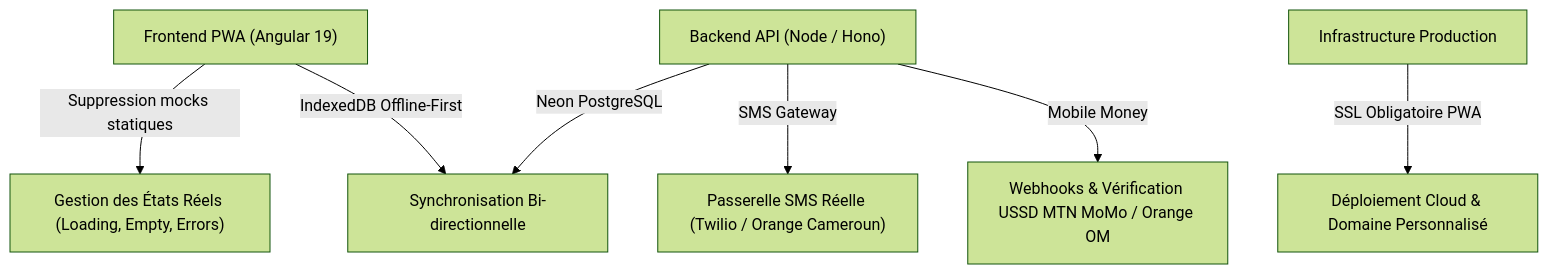
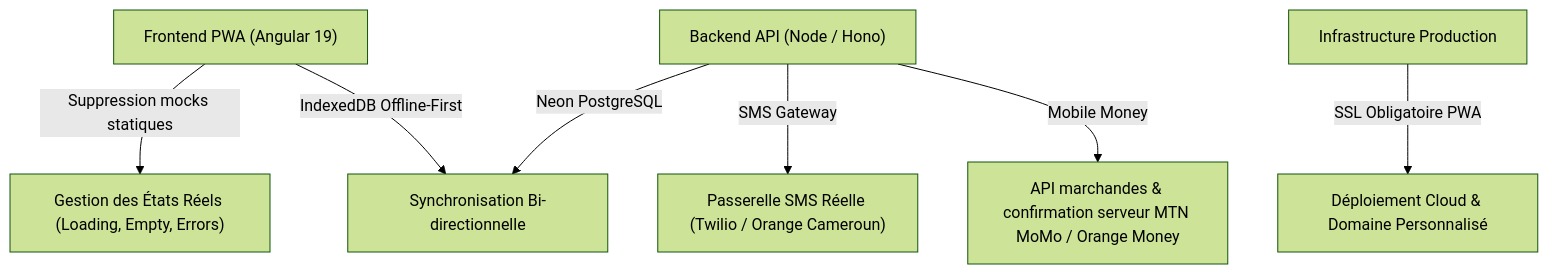
Before and after one commit to boscopatrick907-coder/auto_ecole_management_system: the diagram in production_readiness_plan.md, drawn with Mermaid (forest theme). The commit also changed other lines of this file and 3 other files, not shown here.

Commit message:
docs: expand V1 scope for Mobile Money and instructor operations

````diff
--- a/production_readiness_plan.md
+++ b/production_readiness_plan.md
@@ -9,9 +11,9 @@
 ```mermaid
 flowchart TD
     A["Frontend PWA (Angular 19)"] -->|Suppression mocks statiques| B["Gestion des États Réels (Loading, Empty, Errors)"]
     A -->|IndexedDB Offline-First| C["Synchronisation Bi-directionnelle"]
     D["Backend API (Node / Hono)"] -->|Neon PostgreSQL| C
     D -->|SMS Gateway| E["Passerelle SMS Réelle (Twilio / Orange Cameroun)"]
-    D -->|Mobile Money| F["Webhooks & Vérification USSD MTN MoMo / Orange OM"]
+    D -->|Mobile Money| F["API marchandes & confirmation serveur MTN MoMo / Orange Money"]
     G["Infrastructure Production"] -->|SSL Obligatoire PWA| H["Déploiement Cloud & Domaine Personnalisé"]
 ```
````
